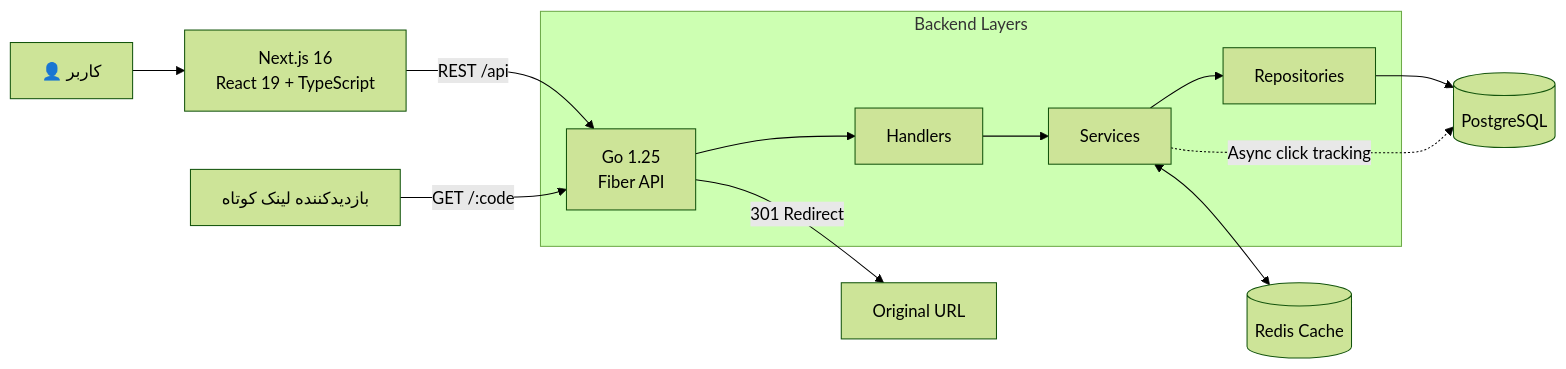
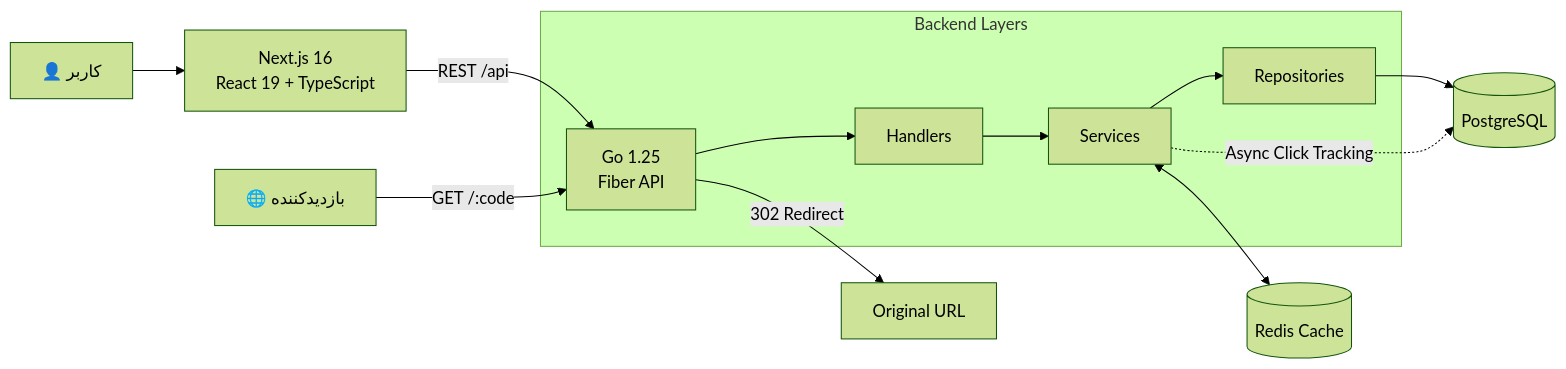
The first of 6 diagrams in README.md (AmirMotefaker/LinkResan), drawn with Mermaid (forest theme) before and after one commit. The commit also changed other lines of this file and 2 other files, not shown here.

````diff
--- a/README.md
+++ b/README.md
@@ -154,19 +215,19 @@
 ```mermaid
 flowchart LR
-    U["👤 کاربر"] --> F["Next.js 16<br/>React 19 + TypeScript"]
-    F -->|"REST /api"| A["Go 1.25<br/>Fiber API"]
+    USER["👤 کاربر"] --> WEB["Next.js 16<br/>React 19 + TypeScript"]
+    WEB -->|"REST /api"| API["Go 1.25<br/>Fiber API"]
 
-    subgraph Backend["Backend Layers"]
-        A --> H["Handlers"]
-        H --> S["Services"]
-        S --> R["Repositories"]
+    subgraph BACKEND["Backend Layers"]
+        API --> HANDLER["Handlers"]
+        HANDLER --> SERVICE["Services"]
+        SERVICE --> REPO["Repositories"]
     end
 
-    R --> P[("PostgreSQL")]
-    S <--> C[("Redis Cache")]
+    REPO --> PG[("PostgreSQL")]
+    SERVICE <--> REDIS[("Redis Cache")]
 
-    S -. "Async click tracking" .-> P
+    SERVICE -. "Async Click Tracking" .-> PG
 
-    V["بازدیدکننده لینک کوتاه"] -->|"GET /:code"| A
-    A -->|"301 Redirect"| D["Original URL"]
+    VISITOR["🌐 بازدیدکننده"] -->|"GET /:code"| API
+    API -->|"302 Redirect"| TARGET["Original URL"]
 ```
````
